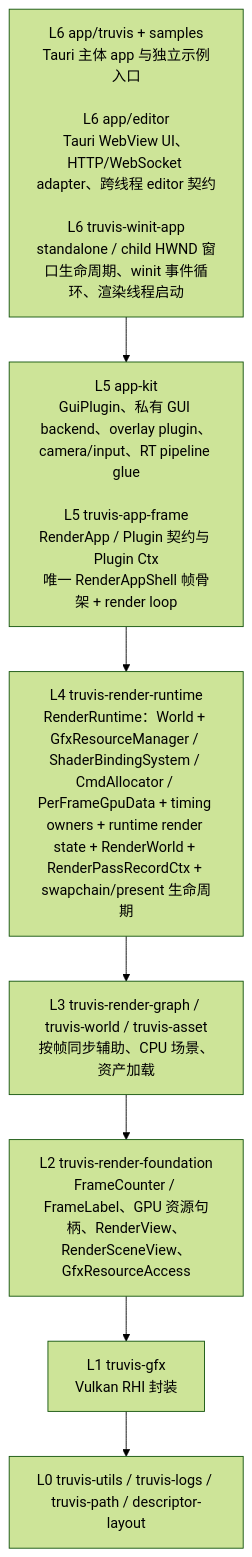
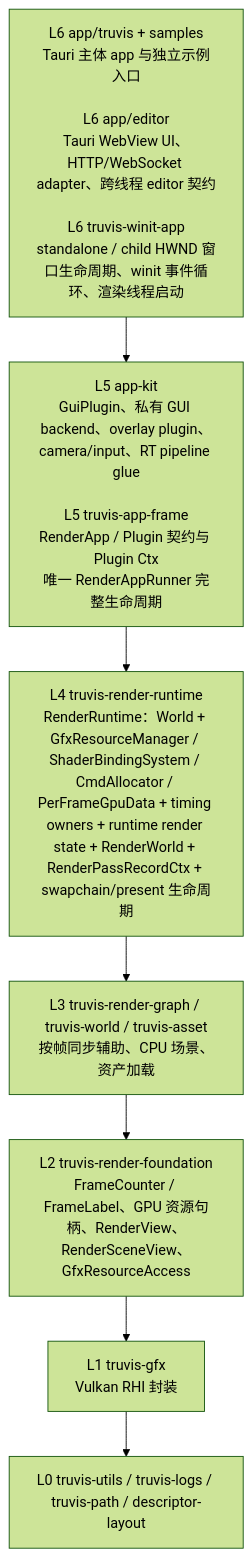
One commit to acccoco/TruvisRenderer changed the first of 3 diagrams in docs/summaries/layering-and-dependency-boundaries.md. Above: the diagram before and after it, drawn with Mermaid (forest theme). The commit also changed other lines of this file and 35 other files, not shown here.

````diff
--- a/docs/summaries/layering-and-dependency-boundaries.md
+++ b/docs/summaries/layering-and-dependency-boundaries.md
@@ -9,11 +9,11 @@
 ```mermaid
 flowchart TB
     L6["L6 app/truvis + samples<br/>Tauri 主体 app 与独立示例入口<br/><br/>L6 app/editor<br/>Tauri WebView UI、HTTP/WebSocket adapter、跨线程 editor 契约<br/><br/>L6 truvis-winit-app<br/>standalone / child HWND 窗口生命周期、winit 事件循环、渲染线程启动"]
-    L5["L5 app-kit<br/>GuiPlugin、私有 GUI backend、overlay plugin、camera/input、RT pipeline glue<br/><br/>L5 truvis-app-frame<br/>RenderApp / Plugin 契约与 Plugin Ctx<br/>唯一 RenderAppShell 帧骨架 + render loop"]
+    L5["L5 app-kit<br/>GuiPlugin、私有 GUI backend、overlay plugin、camera/input、RT pipeline glue<br/><br/>L5 truvis-app-frame<br/>RenderApp / Plugin 契约与 Plugin Ctx<br/>唯一 RenderAppRunner 完整生命周期"]
     L4["L4 truvis-render-runtime<br/>RenderRuntime：World + GfxResourceManager / ShaderBindingSystem / CmdAllocator / PerFrameGpuData + timing owners + runtime render state + RenderWorld + RenderPassRecordCtx + swapchain/present 生命周期"]
     L3["L3 truvis-render-graph / truvis-world / truvis-asset<br/>按帧同步辅助、CPU 场景、资产加载"]
     L2["L2 truvis-render-foundation<br/>FrameCounter / FrameLabel、GPU 资源句柄、RenderView、RenderSceneView、GfxResourceAccess"]
     L1["L1 truvis-gfx<br/>Vulkan RHI 封装"]
     L0["L0 truvis-utils / truvis-logs / truvis-path / descriptor-layout"]
     L6 --> L5 --> L4 --> L3 --> L2 --> L1 --> L0
 ```
````
